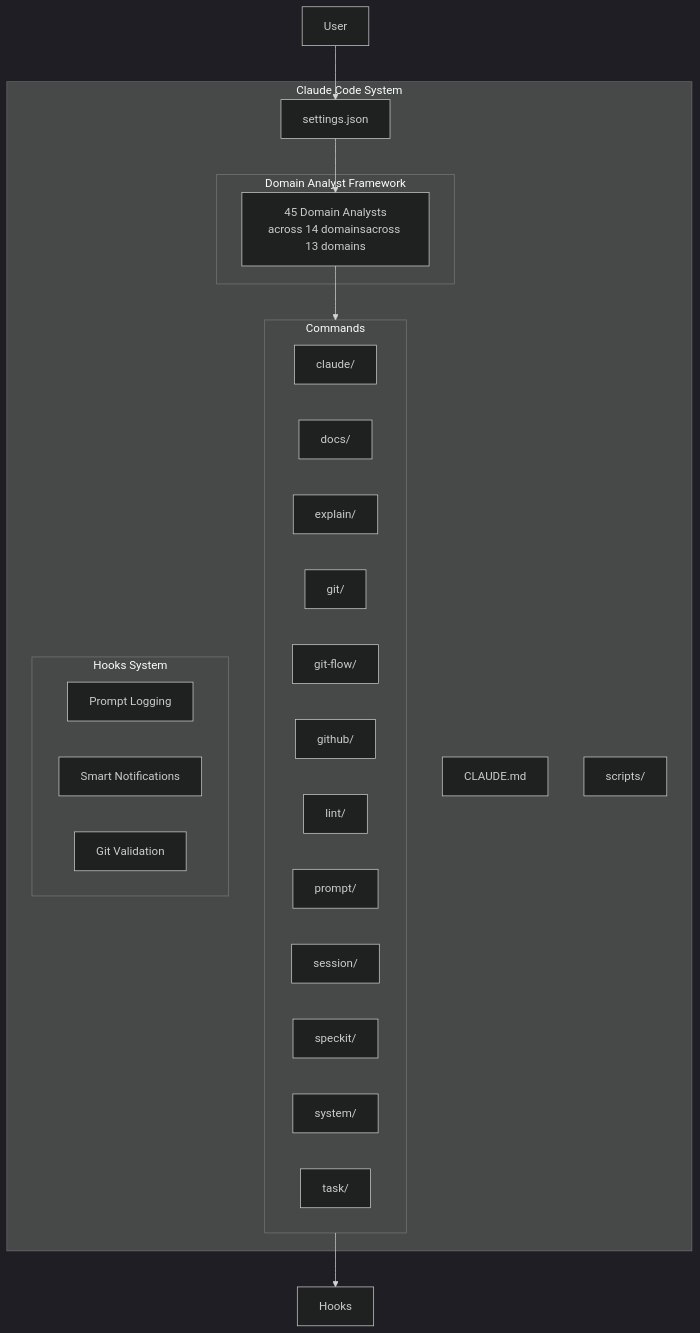
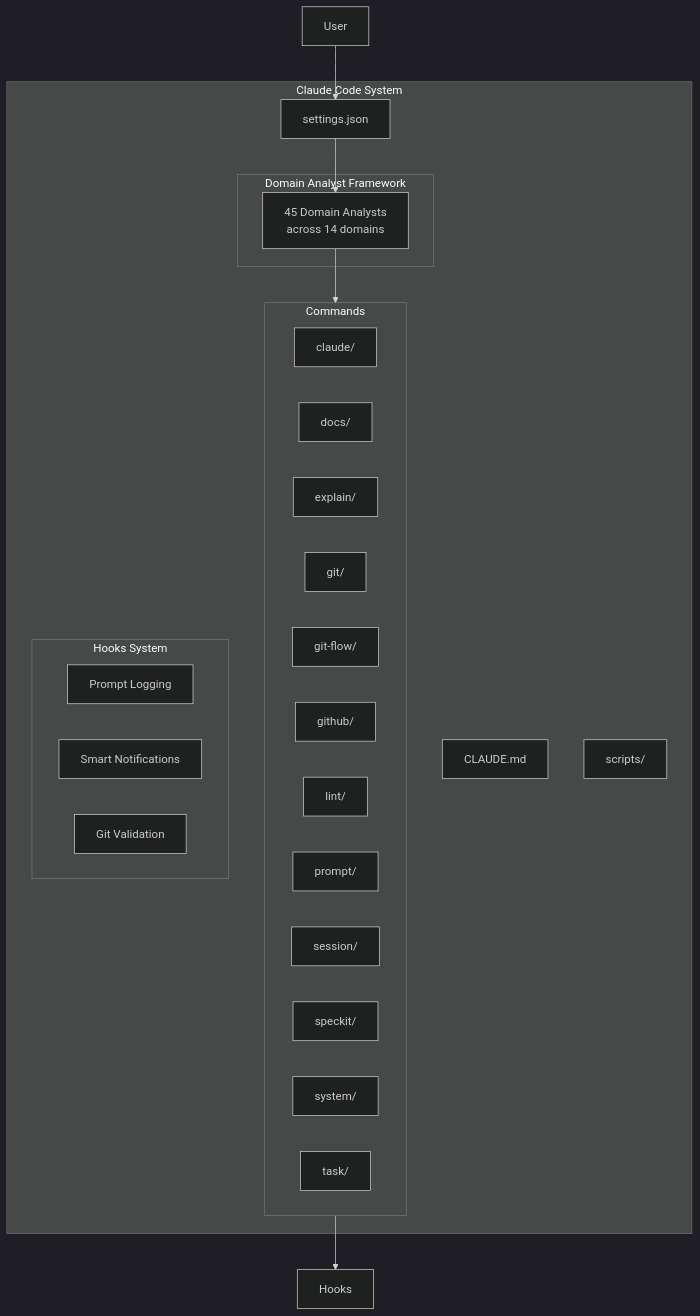
One commit to thomasholknielsen/claude-code-config changed the diagram in docs/developer/developer-guide.md. Above: the diagram before and after it, drawn with Mermaid (dark theme).

````diff
--- a/docs/developer/developer-guide.md
+++ b/docs/developer/developer-guide.md
@@ -10,38 +10,38 @@
 ```mermaid
 graph TB
     subgraph "Claude Code System"
         Settings[settings.json]
         Claude[CLAUDE.md]
         Scripts[scripts/]
 
         subgraph "Domain Analyst Framework"
-            DomainAnalysts[45 Domain Analysts<br/>across 14 domainsacross 13 domains]
+            DomainAnalysts[45 Domain Analysts<br/>across 14 domains]
         end
 
         subgraph "Commands"
             Claude_Cmd[claude/]
             Docs_Cmd[docs/]
             Explain_Cmd[explain/]
             Git_Cmd[git/]
             GitFlow_Cmd[git-flow/]
             GitHub_Cmd[github/]
             Lint_Cmd[lint/]
             Prompt_Cmd[prompt/]
             Session_Cmd[session/]
             SpecKit_Cmd[speckit/]
             System_Cmd[system/]
             Task_Cmd[task/]
         end
 
         subgraph "Hooks System"
             PromptLog[Prompt Logging]
             Notifications[Smart Notifications]
             GitValidation[Git Validation]
         end
     end
 
     User --> Settings
     Settings --> DomainAnalysts
     DomainAnalysts --> Commands
     Commands --> Hooks
 ```
````
